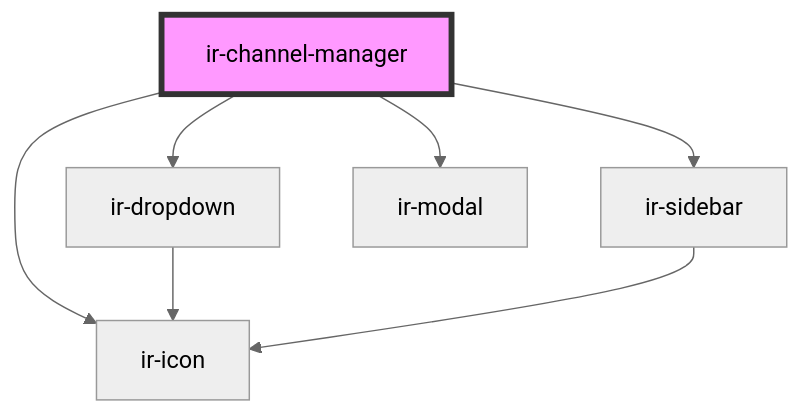
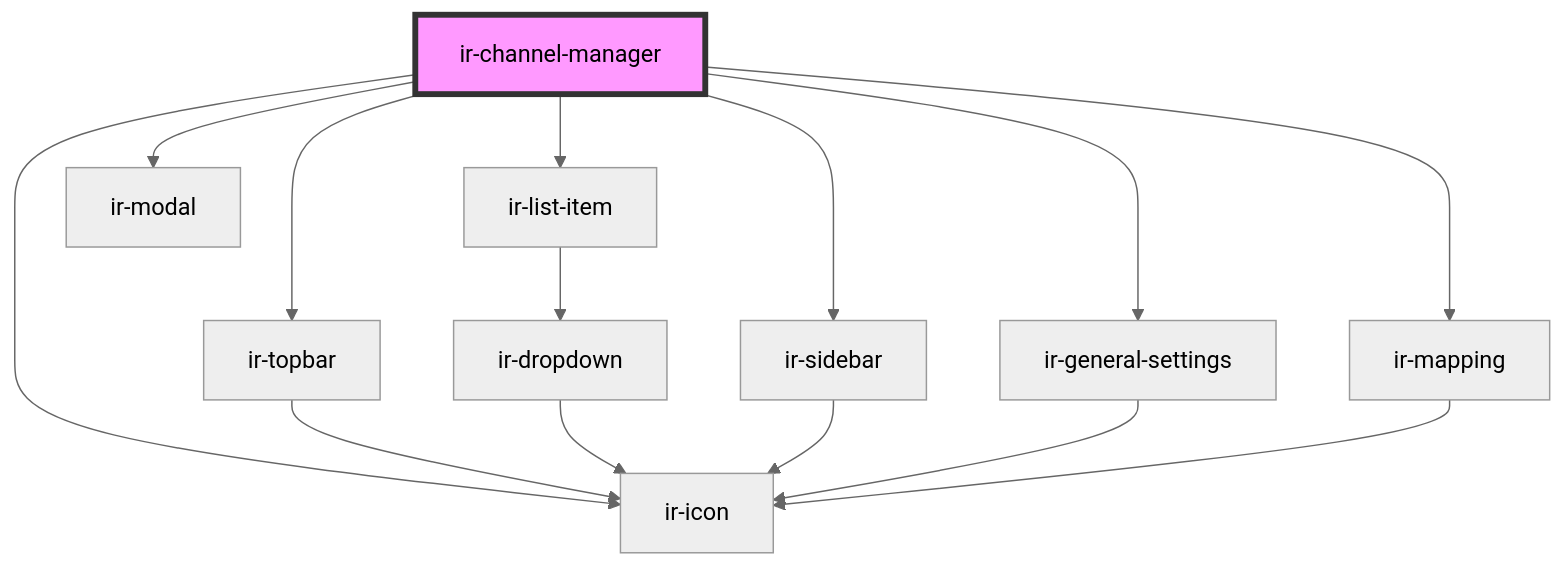
Before and after one commit to freddynasr/ir-webcmp: the diagram in src/components/ir-channel-manager/readme.md, drawn with Mermaid (neutral theme). The commit also changed other lines of this file and 13 other files, not shown here.

````diff
--- a/src/components/ir-channel-manager/readme.md
+++ b/src/components/ir-channel-manager/readme.md
@@ -18,10 +29,17 @@
 ```mermaid
 graph TD;
   ir-channel-manager --> ir-icon
-  ir-channel-manager --> ir-dropdown
+  ir-channel-manager --> ir-topbar
+  ir-channel-manager --> ir-list-item
   ir-channel-manager --> ir-sidebar
+  ir-channel-manager --> ir-general-settings
+  ir-channel-manager --> ir-mapping
   ir-channel-manager --> ir-modal
+  ir-topbar --> ir-icon
+  ir-list-item --> ir-dropdown
   ir-dropdown --> ir-icon
   ir-sidebar --> ir-icon
+  ir-general-settings --> ir-icon
+  ir-mapping --> ir-icon
   style ir-channel-manager fill:#f9f,stroke:#333,stroke-width:4px
 ```
````
